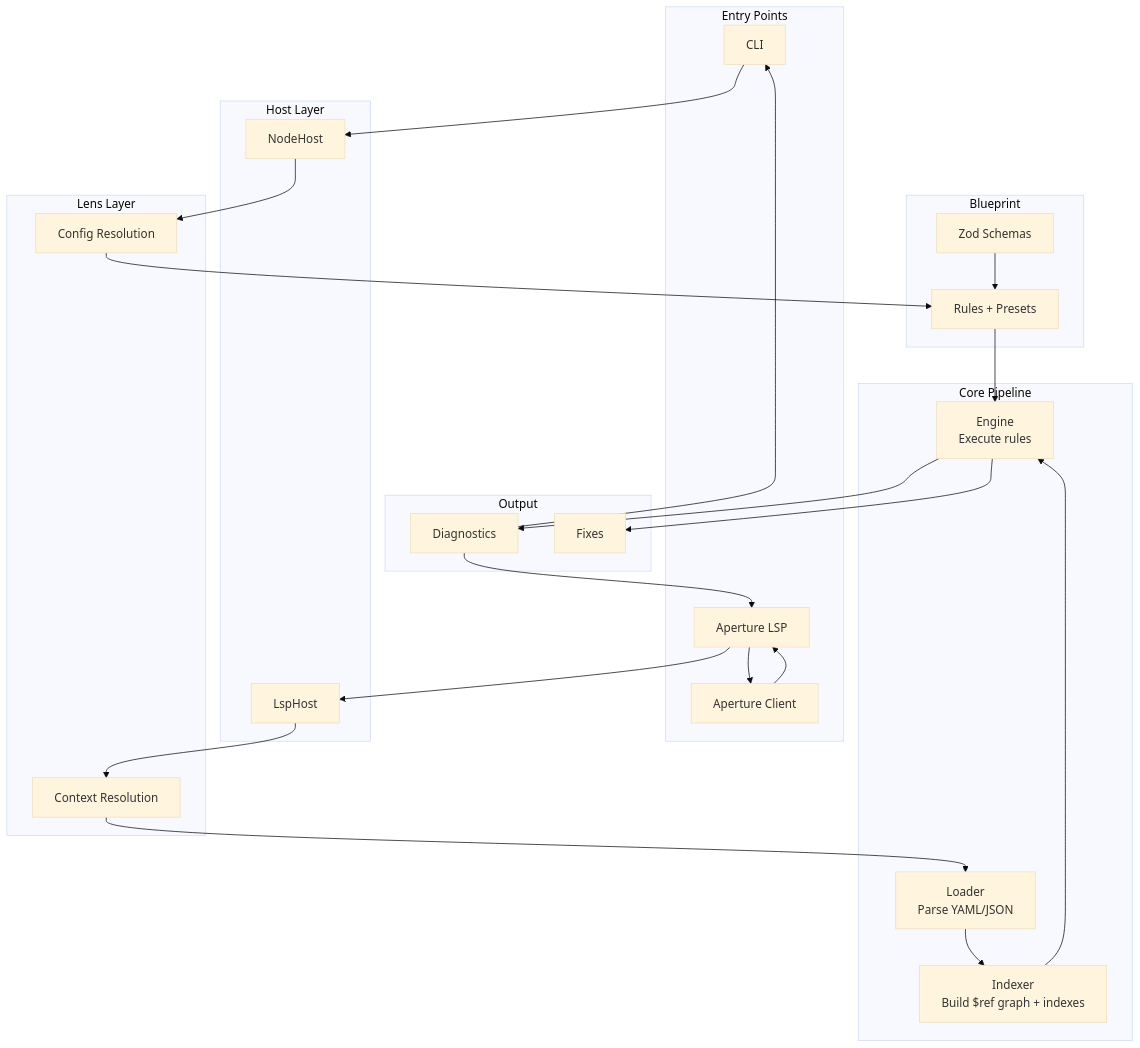
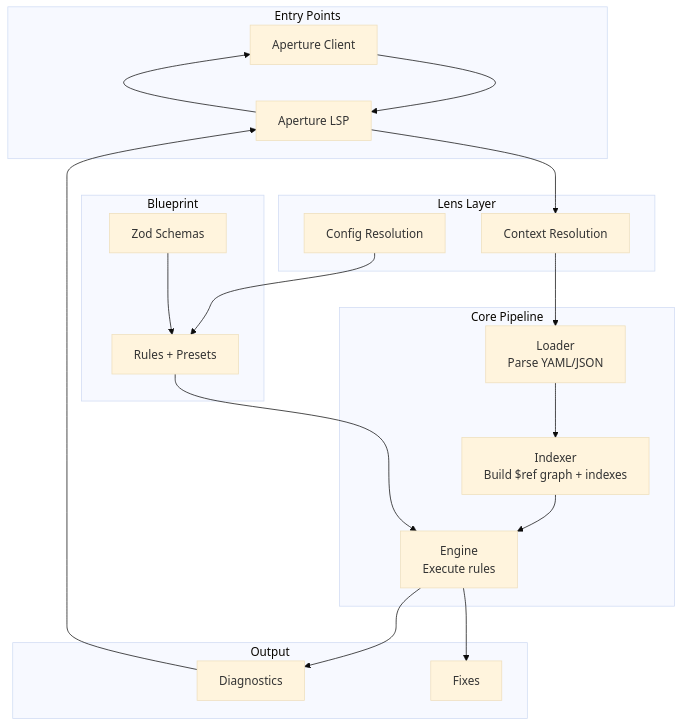
The diagram in README.md (sailpoint-oss/telescope), drawn with Mermaid (base theme) before and after one commit. The commit also changed other lines of this file and 413 other files, not shown here.

````diff
--- a/README.md
+++ b/README.md
@@ -28,51 +25,41 @@
 ```mermaid
 flowchart TB
     subgraph Entry["Entry Points"]
-        CLI[CLI]
         ApertureClient[Aperture Client]
         ApertureLSP[Aperture LSP]
-    end
-
-    subgraph Host["Host Layer"]
-        NodeHost[NodeHost]
-        LspHost[LspHost]
     end
 
     subgraph Lens["Lens Layer"]
         Config[Config Resolution]
         Context[Context Resolution]
     end
 
     subgraph Core["Core Pipeline"]
         Loader[Loader<br/>Parse YAML/JSON]
         Indexer[Indexer<br/>Build $ref graph + indexes]
         Engine[Engine<br/>Execute rules]
     end
 
     subgraph Blueprint["Blueprint"]
         Rules[Rules + Presets]
         Schemas[Zod Schemas]
     end
 
     subgraph Output["Output"]
         Diagnostics[Diagnostics]
         Fixes[Fixes]
     end
 
-    CLI --> NodeHost
     ApertureClient --> ApertureLSP
-    ApertureLSP --> LspHost
-    NodeHost --> Config
-    LspHost --> Context
+    ApertureLSP --> Context
     Config --> Rules
     Context --> Loader
     Loader --> Indexer
     Indexer --> Engine
     Rules --> Engine
     Schemas --> Rules
     Engine --> Diagnostics
     Engine --> Fixes
-    Diagnostics --> CLI
     Diagnostics --> ApertureLSP
     ApertureLSP --> ApertureClient
 ```
````
